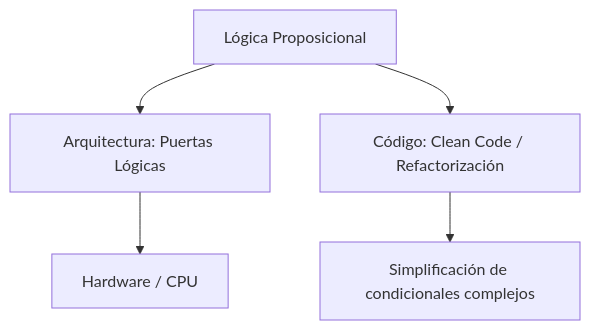
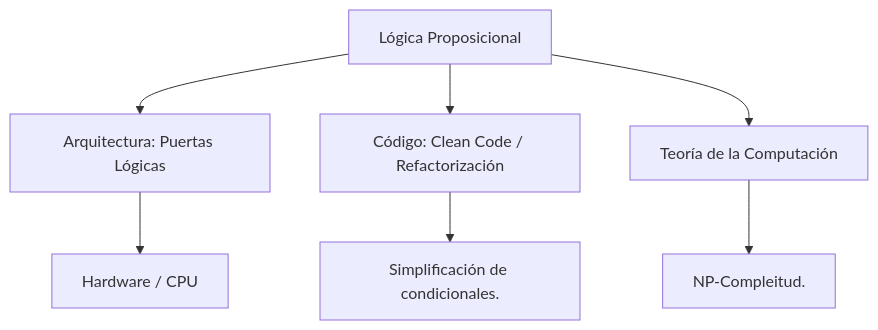
The second of 2 diagrams in Estudios/10_MATEMATICAS/02. Lógica Proposicional.md (David-Varg/My-Obsidian), drawn with Mermaid before and after one commit. The commit also changed other lines of this file and 3 other files, not shown here.

````diff
--- a/Estudios/10_MATEMATICAS/02. Lógica Proposicional.md
+++ b/Estudios/10_MATEMATICAS/02. Lógica Proposicional.md
@@ -84,7 +267,9 @@
 ```mermaid
 flowchart TD
     A[Lógica Proposicional] --> B[Arquitectura: Puertas Lógicas]
     A --> C[Código: Clean Code / Refactorización]
-    B --> D[Hardware / CPU]
-    C --> E[Simplificación de condicionales complejos]
+    A --> D[Teoría de la Computación]
+    B --> B1[Hardware / CPU]
+    C --> C1[Simplificación de condicionales.]
+    D --> D1[NP-Compleitud.]
 ```
````
